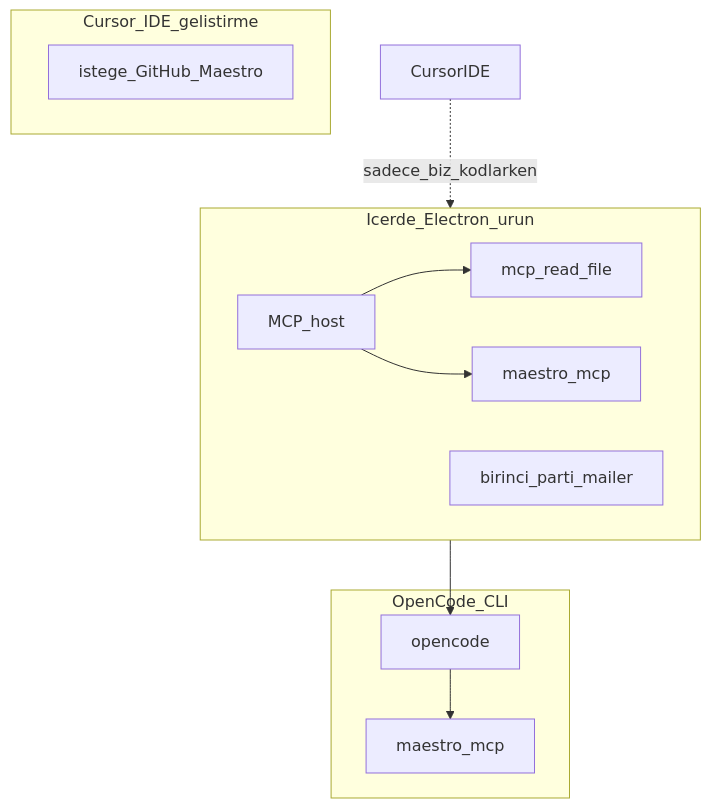
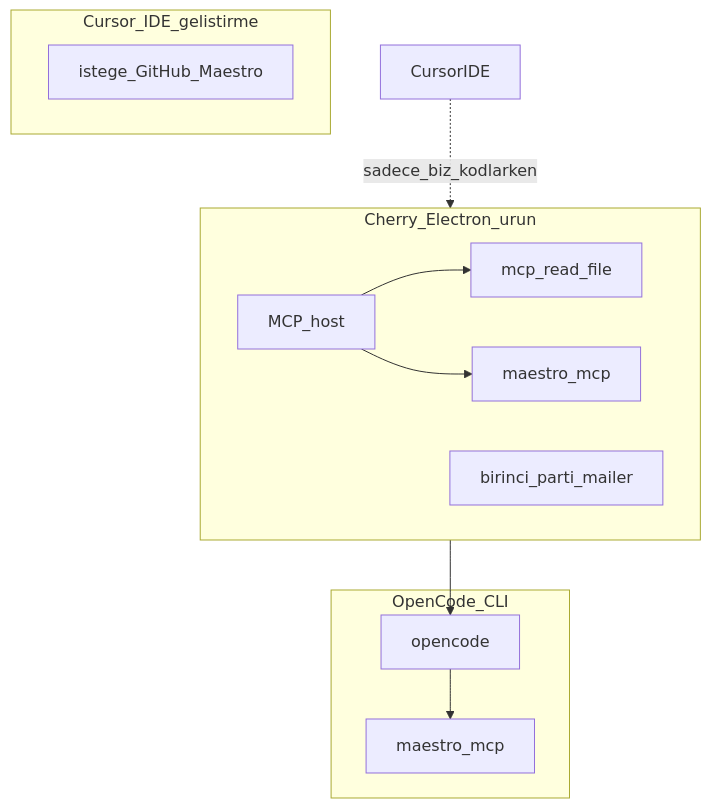
The diagram in docs/integrations.md (emrahyasinisik/Cherry), drawn with Mermaid before and after one commit. The commit also changed other lines of this file and 124 other files, not shown here.

First line of the commit message:
Rename the studio brand from Icerde to Cherry.

````diff
--- a/docs/integrations.md
+++ b/docs/integrations.md
@@ -9,18 +9,18 @@
 ```mermaid
 flowchart TB
   subgraph cursorIDE [Cursor_IDE_gelistirme]
     CursorMCP[istege_GitHub_Maestro]
   end
-  subgraph icerdeApp [Icerde_Electron_urun]
+  subgraph cherryApp [Cherry_Electron_urun]
     Host[MCP_host]
     Host --> Read[mcp_read_file]
     Host --> Maestro[maestro_mcp]
     Mailer[birinci_parti_mailer]
   end
   subgraph writer [OpenCode_CLI]
     OC[opencode]
     OC --> MaestroOC[maestro_mcp]
   end
-  CursorIDE -.->|sadece_biz_kodlarken| icerdeApp
-  icerdeApp --> OC
+  CursorIDE -.->|sadece_biz_kodlarken| cherryApp
+  cherryApp --> OC
 ```
````
